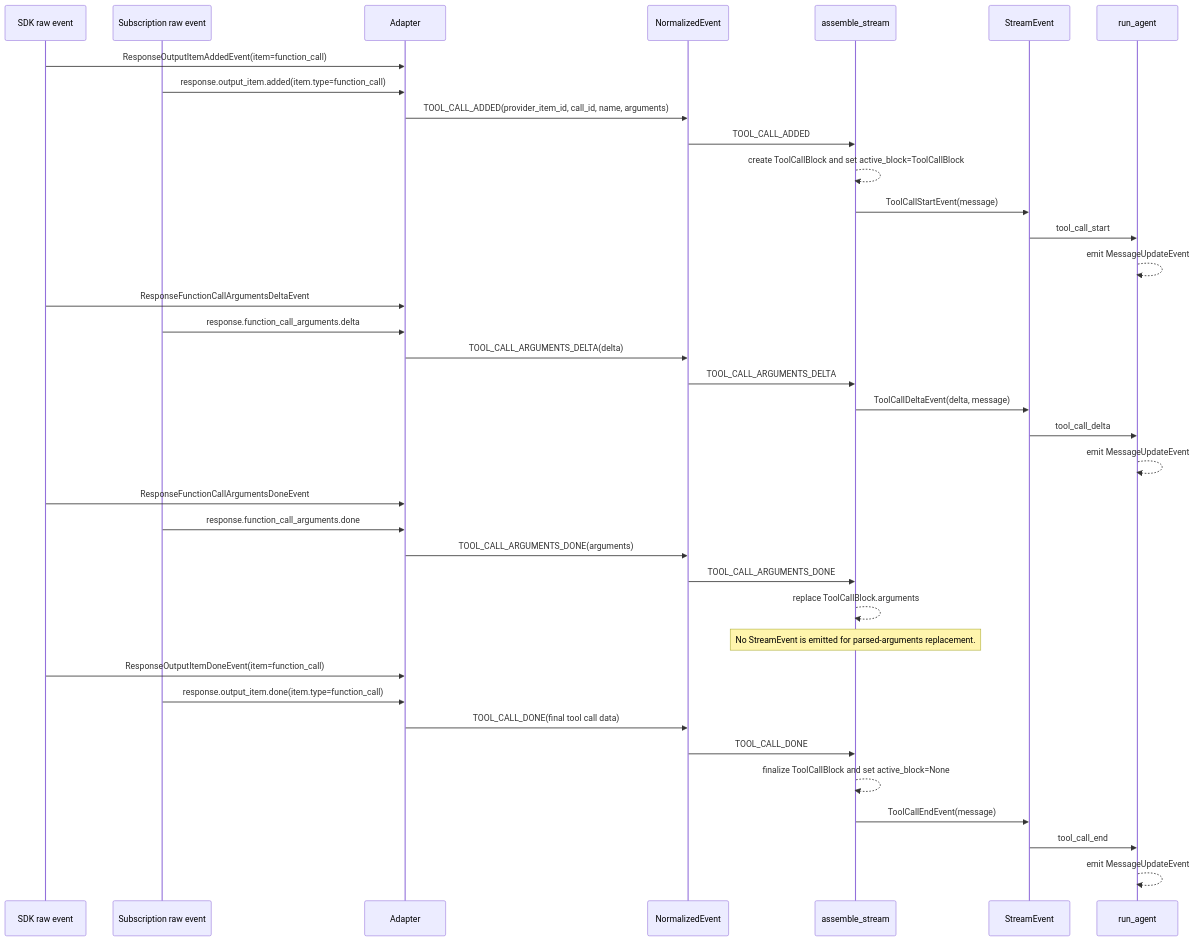
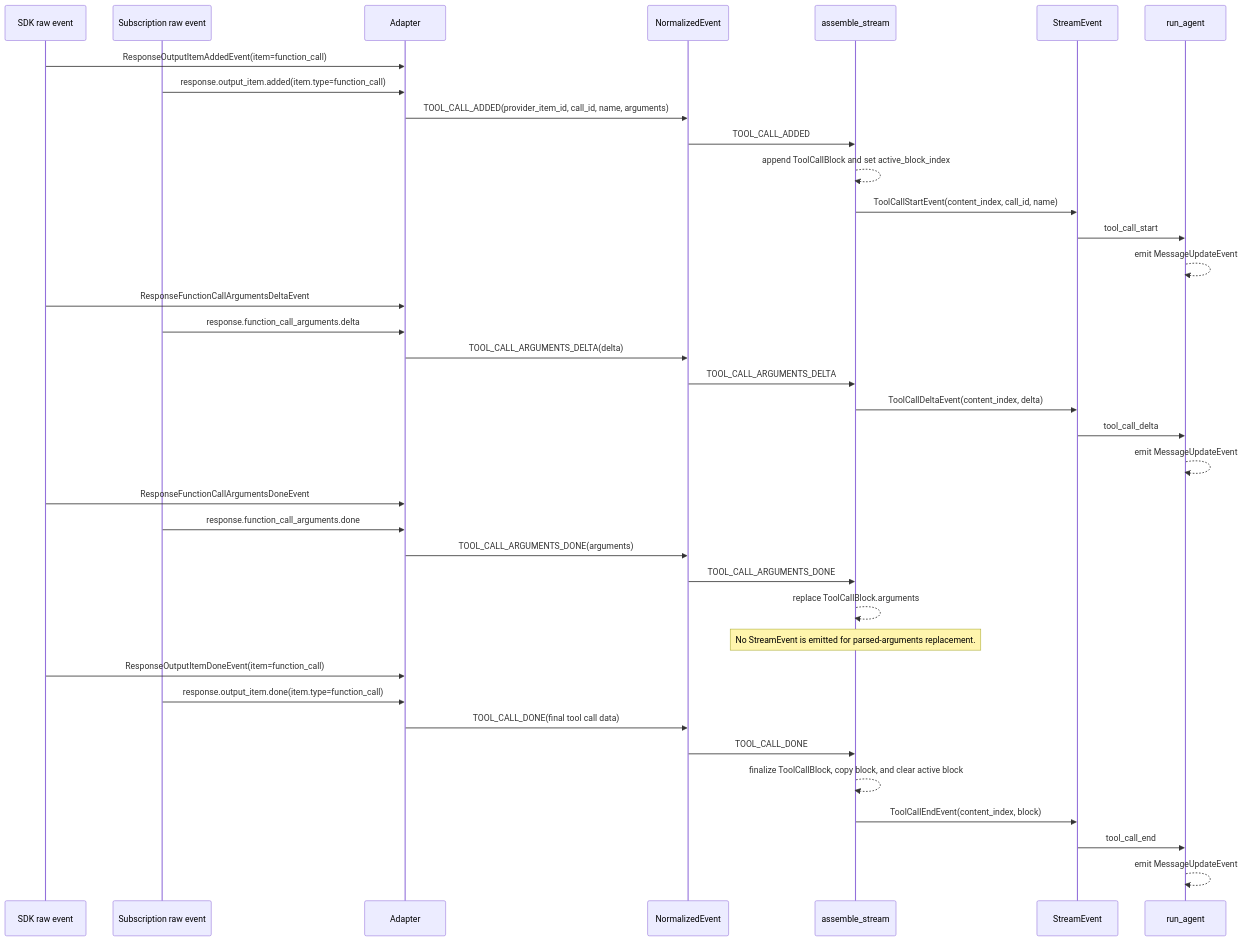
One commit to muneebshahid/tile changed the fifth of 8 diagrams in docs/openai-stream-event-lifecycle.md. Above: the diagram before and after it, drawn with Mermaid. The commit also changed other lines of this file and 19 other files, not shown here.

First line of the commit message:
[codex] Refactor agent stream event contracts (#5)

````diff
--- a/docs/openai-stream-event-lifecycle.md
+++ b/docs/openai-stream-event-lifecycle.md
@@ -177,43 +174,43 @@
 ```mermaid
 sequenceDiagram
     participant SDK as SDK raw event
     participant Sub as Subscription raw event
     participant Adapter as Adapter
     participant Norm as NormalizedEvent
     participant Asm as assemble_stream
     participant Stream as StreamEvent
     participant Agent as run_agent
 
     SDK->>Adapter: ResponseOutputItemAddedEvent(item=function_call)
     Sub->>Adapter: response.output_item.added(item.type=function_call)
     Adapter->>Norm: TOOL_CALL_ADDED(provider_item_id, call_id, name, arguments)
     Norm->>Asm: TOOL_CALL_ADDED
-    Asm-->>Asm: create ToolCallBlock and set active_block=ToolCallBlock
-    Asm->>Stream: ToolCallStartEvent(message)
+    Asm-->>Asm: append ToolCallBlock and set active_block_index
+    Asm->>Stream: ToolCallStartEvent(content_index, call_id, name)
     Stream->>Agent: tool_call_start
     Agent-->>Agent: emit MessageUpdateEvent
 
     SDK->>Adapter: ResponseFunctionCallArgumentsDeltaEvent
     Sub->>Adapter: response.function_call_arguments.delta
     Adapter->>Norm: TOOL_CALL_ARGUMENTS_DELTA(delta)
     Norm->>Asm: TOOL_CALL_ARGUMENTS_DELTA
-    Asm->>Stream: ToolCallDeltaEvent(delta, message)
+    Asm->>Stream: ToolCallDeltaEvent(content_index, delta)
     Stream->>Agent: tool_call_delta
     Agent-->>Agent: emit MessageUpdateEvent
 
     SDK->>Adapter: ResponseFunctionCallArgumentsDoneEvent
     Sub->>Adapter: response.function_call_arguments.done
     Adapter->>Norm: TOOL_CALL_ARGUMENTS_DONE(arguments)
     Norm->>Asm: TOOL_CALL_ARGUMENTS_DONE
     Asm-->>Asm: replace ToolCallBlock.arguments
     Note over Asm: No StreamEvent is emitted for parsed-arguments replacement.
 
     SDK->>Adapter: ResponseOutputItemDoneEvent(item=function_call)
     Sub->>Adapter: response.output_item.done(item.type=function_call)
     Adapter->>Norm: TOOL_CALL_DONE(final tool call data)
     Norm->>Asm: TOOL_CALL_DONE
-    Asm-->>Asm: finalize ToolCallBlock and set active_block=None
-    Asm->>Stream: ToolCallEndEvent(message)
+    Asm-->>Asm: finalize ToolCallBlock, copy block, and clear active block
+    Asm->>Stream: ToolCallEndEvent(content_index, block)
     Stream->>Agent: tool_call_end
     Agent-->>Agent: emit MessageUpdateEvent
 ```
````
